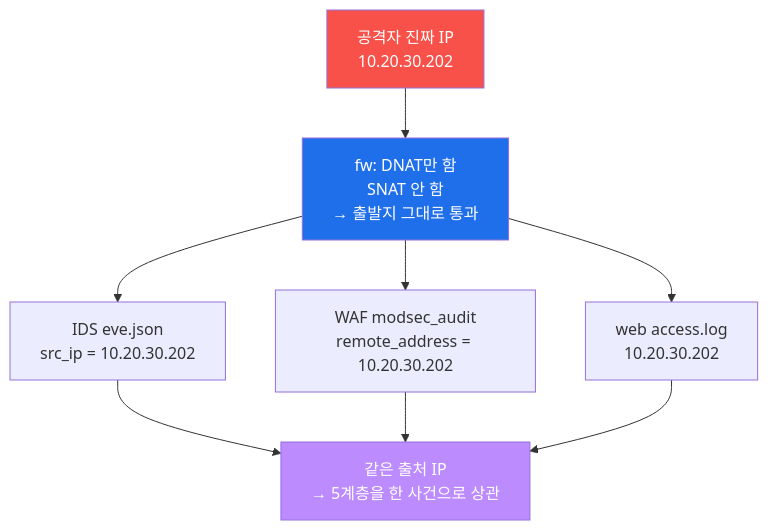
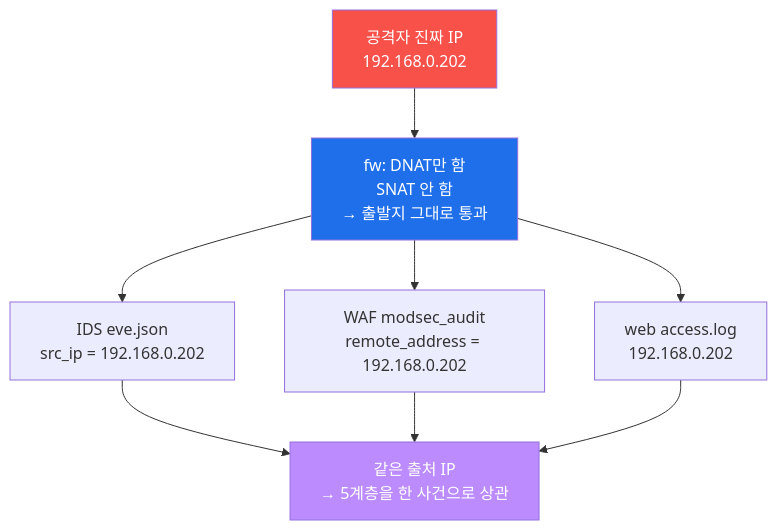
Before and after one commit to mrgrit/tw2: the seventh of 10 diagrams in contents/training/secuops/lecture_week08.md, drawn with Mermaid. The commit also changed other lines of this file and 5 other files, not shown here.

````diff
--- a/contents/training/secuops/lecture_week08.md
+++ b/contents/training/secuops/lecture_week08.md
@@ -312,18 +312,18 @@
 ```mermaid
 graph TD
-    ATK["공격자 진짜 IP<br/>10.20.30.202"]
+    ATK["공격자 진짜 IP<br/>192.168.0.202"]
     FW["fw: DNAT만 함<br/>SNAT 안 함<br/>→ 출발지 그대로 통과"]
-    A["IDS eve.json<br/>src_ip = 10.20.30.202"]
-    B["WAF modsec_audit<br/>remote_address = 10.20.30.202"]
-    C["web access.log<br/>10.20.30.202"]
+    A["IDS eve.json<br/>src_ip = 192.168.0.202"]
+    B["WAF modsec_audit<br/>remote_address = 192.168.0.202"]
+    C["web access.log<br/>192.168.0.202"]
     ATK --> FW
     FW --> A
     FW --> B
     FW --> C
     A --> KEY["같은 출처 IP<br/>→ 5계층을 한 사건으로 상관"]
     B --> KEY
     C --> KEY
     style ATK fill:#f85149,color:#fff
     style FW fill:#1f6feb,color:#fff
     style KEY fill:#bc8cff,color:#fff
 ```
````
